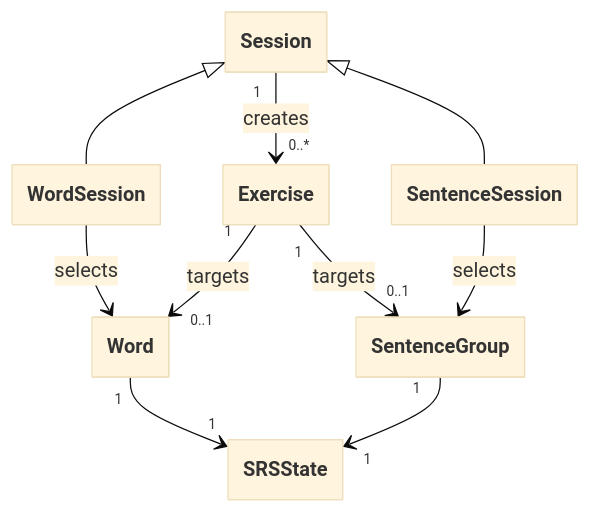
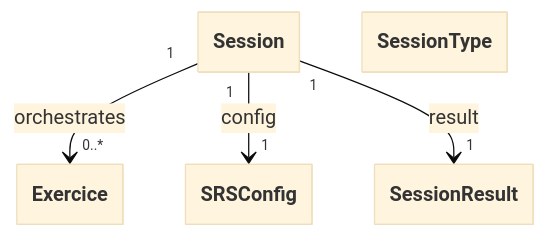
One commit to Antoine-Lagache/psitta changed the diagram in docs/architecture/sessions.md. Above: the diagram before and after it, drawn with Mermaid (base theme). The commit also changed other lines of this file and 11 other files, not shown here.

Commit message:
alignement docs et domain pour l'architecture

````diff
--- a/docs/architecture/sessions.md
+++ b/docs/architecture/sessions.md
@@ -19,32 +39,13 @@
 ```mermaid
 %%{init: {"class": {"hideEmptyMembersBox": true}} }%%
 classDiagram
     class Session
-    class WordSession
-    class SentenceSession
-    class Exercise
-    class Word
-    class SentenceGroup
-    class SRSState
+    class Exercice
+    class SessionType
+    class SessionResult
+    class SRSConfig
 
-    %% Exercise targets learnable items
-    Exercise "1" --> "0..1" SentenceGroup : targets
-
-    %% Inheritance
-    Session <|-- WordSession
-    Session <|-- SentenceSession
-    
-    %% Sessions select content based on SRS
-    SentenceSession --> SentenceGroup : selects
-    WordSession --> Word : selects
-
-    %% Session produces Exercises
-    Session "1" --> "0..*" Exercise : creates
-
-    %% Exercise targets learnable items
-    Exercise "1" --> "0..1" Word : targets
-
-    %% SRS remains attached to content
-    Word "1" --> "1" SRSState
-    SentenceGroup "1" --> "1" SRSState
+    Session "1" --> "0..*" Exercice : orchestrates
+    Session "1" --> "1" SRSConfig : config
+    Session "1" --> "1" SessionResult : result
 ```
````
